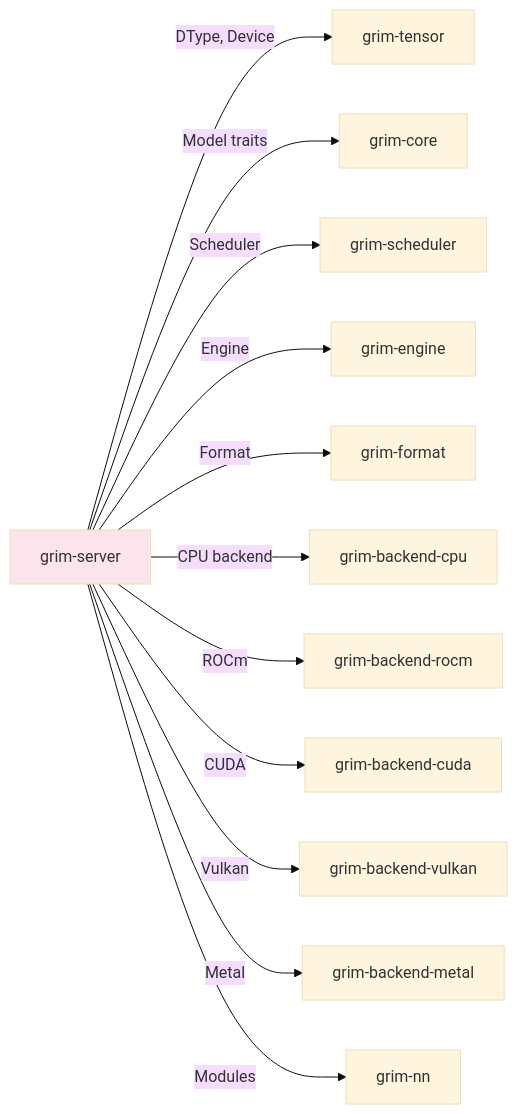
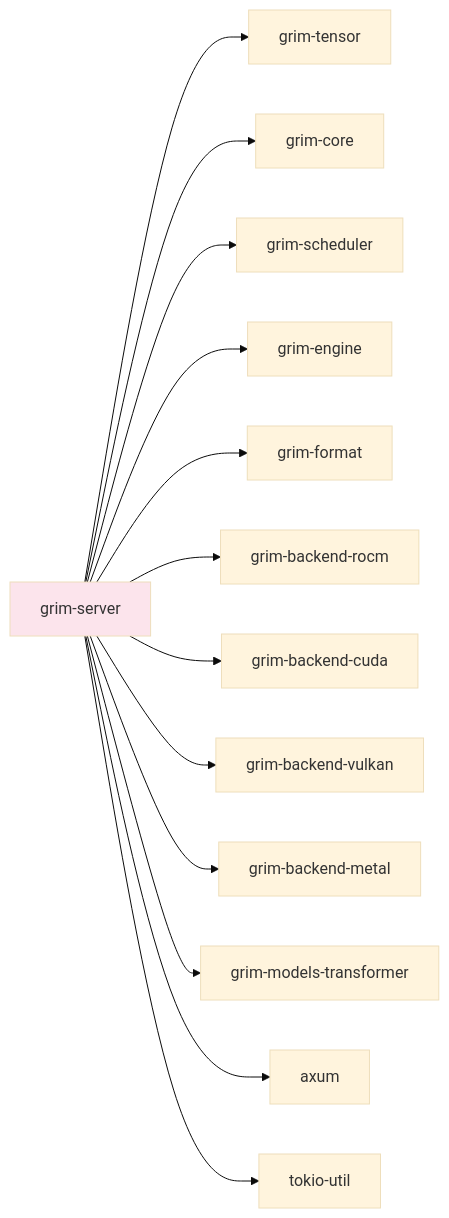
Before and after one commit to sydonayrex/grim: the diagram in crates/grim-server/README.md, drawn with Mermaid (base theme). The commit also changed other lines of this file and 55 other files, not shown here.

````diff
--- a/crates/grim-server/README.md
+++ b/crates/grim-server/README.md
@@ -21,16 +26,17 @@
 ```mermaid
 graph LR
-    A[grim-server] -->|DType, Device| B[grim-tensor]
-    A -->|Model traits| C[grim-core]
-    A -->|Scheduler| D[grim-scheduler]
-    A -->|Engine| E[grim-engine]
-    A -->|Format| F[grim-format]
-    A -->|CPU backend| G[grim-backend-cpu]
-    A -->|ROCm| H[grim-backend-rocm]
-    A -->|CUDA| I[grim-backend-cuda]
-    A -->|Vulkan| J[grim-backend-vulkan]
-    A -->|Metal| K[grim-backend-metal]
-    A -->|Modules| L[grim-nn]
-    
+    A[grim-server] --> B[grim-tensor]
+    A --> C[grim-core]
+    A --> D[grim-scheduler]
+    A --> E[grim-engine]
+    A --> F[grim-format]
+    A --> G[grim-backend-rocm]
+    A --> H[grim-backend-cuda]
+    A --> I[grim-backend-vulkan]
+    A --> J[grim-backend-metal]
+    A --> K[grim-models-transformer]
+    A --> L[axum]
+    A --> M[tokio-util]
+
     style A fill:#fce4ec
 ```
````
